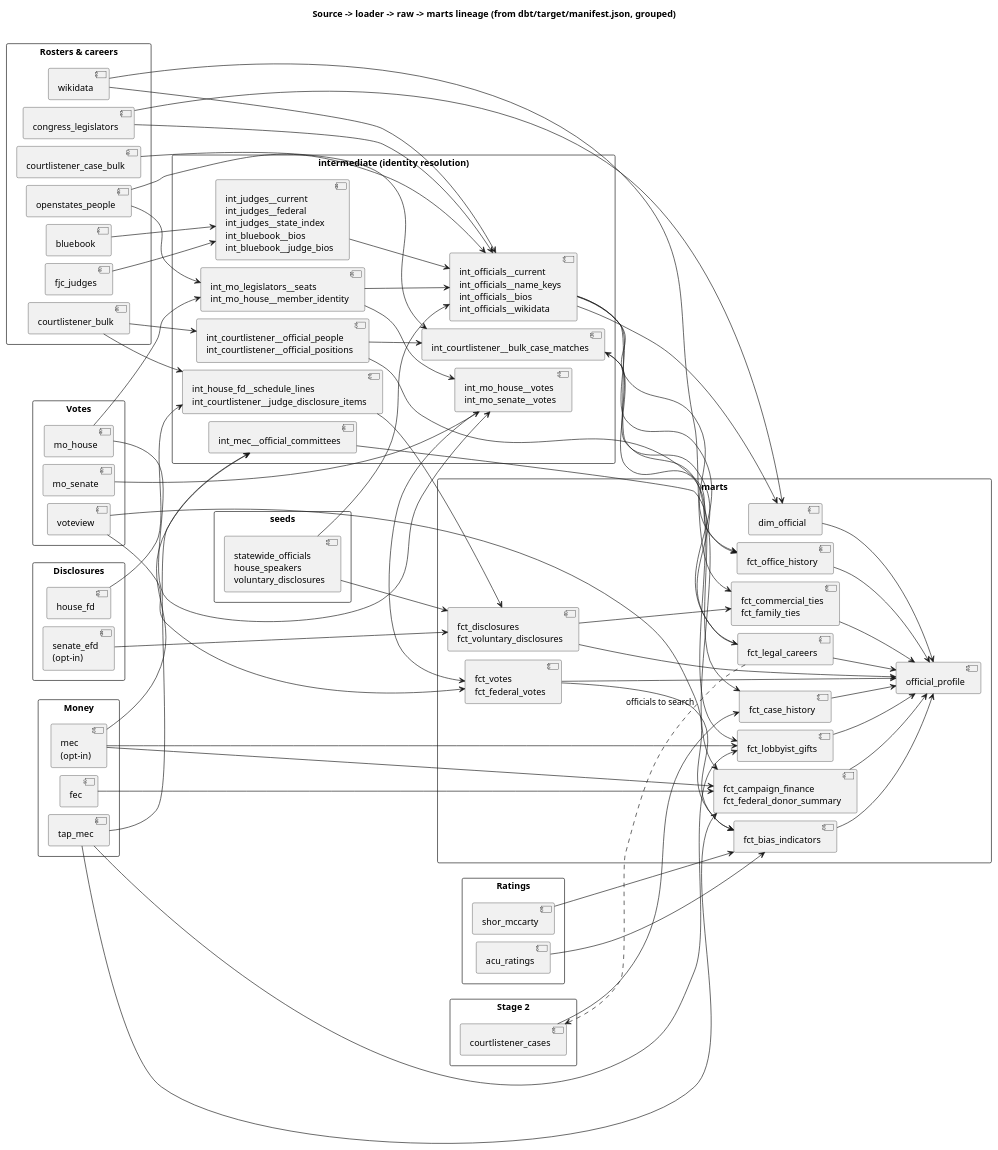
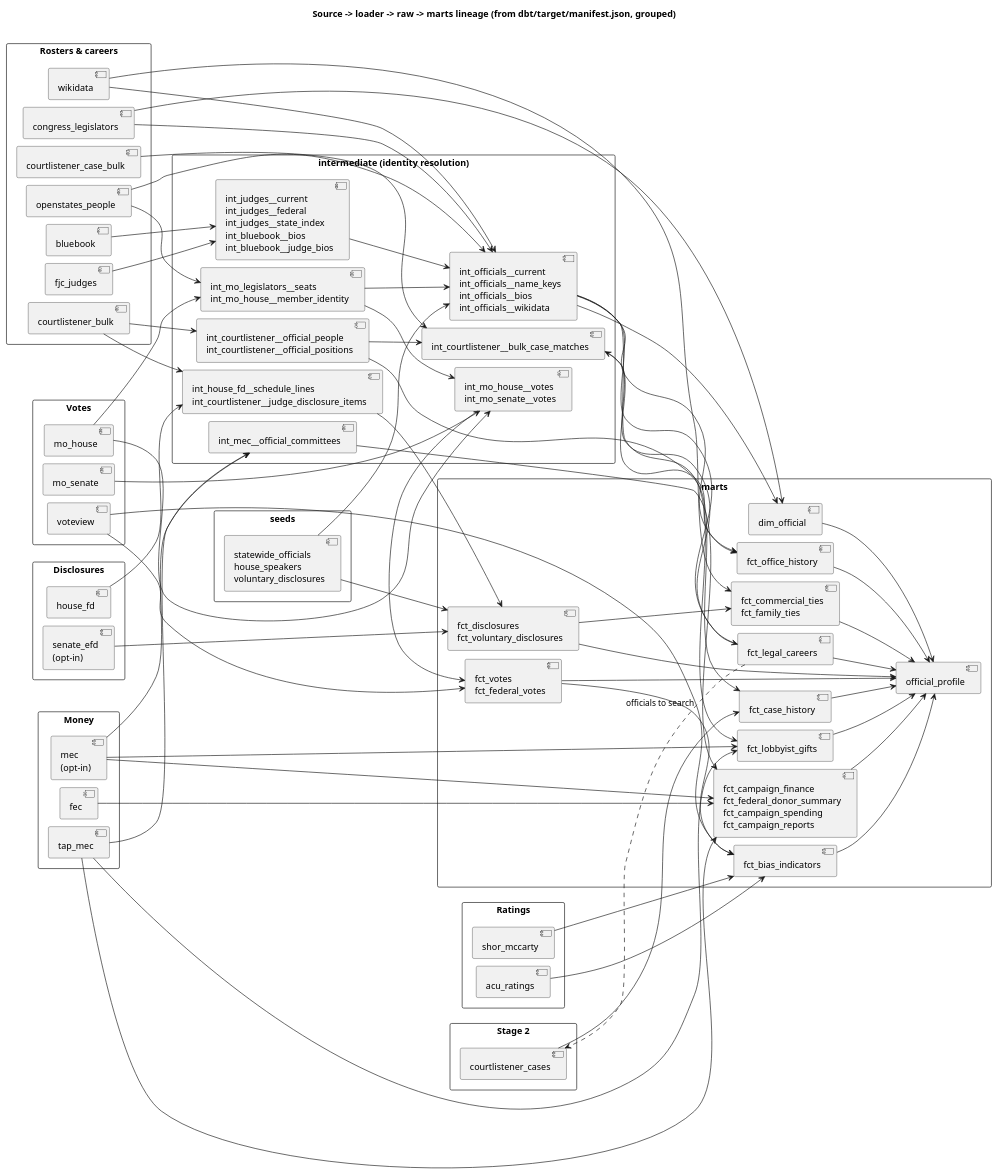
One commit to akettmann/missouri_gov_feed changed the diagram in docs/diagrams/lineage.puml. Above: the diagram before and after it, drawn with PlantUML. The commit also changed 1 other file, not shown here.

Commit message:
Lineage diagram: add fct_campaign_spending and fct_campaign_reports

```diff
--- a/docs/diagrams/lineage.puml
+++ b/docs/diagrams/lineage.puml
@@ -1,131 +1,131 @@
 @startuml lineage
 title Source -> loader -> raw -> marts lineage (from dbt/target/manifest.json, grouped)
 left to right direction
 skinparam packageStyle rectangle
 skinparam nodesep 12
 skinparam ranksep 60
 
 package "Rosters & careers" {
   [openstates_people] as L_os
   [congress_legislators] as L_cl
   [bluebook] as L_bb
   [fjc_judges] as L_fjc
   [courtlistener_bulk] as L_clb
   [courtlistener_case_bulk] as L_ccb
   [wikidata] as L_wd
 }
 package "Votes" {
   [mo_house] as L_moh
   [mo_senate] as L_mos
   [voteview] as L_vv
 }
 package "Money" {
   [fec] as L_fec
   [tap_mec] as L_tap
   [mec\n(opt-in)] as L_mec
 }
 package "Disclosures" {
   [house_fd] as L_hfd
   [senate_efd\n(opt-in)] as L_efd
 }
 package "Ratings" {
   [acu_ratings] as L_acu
   [shor_mccarty] as L_sm
 }
 package "Stage 2" {
   [courtlistener_cases] as L_cc
 }
 package "seeds" {
   [statewide_officials\nhouse_speakers\nvoluntary_disclosures] as SEEDS
 }
 
 package "intermediate (identity resolution)" {
   [int_officials__current\nint_officials__name_keys\nint_officials__bios\nint_officials__wikidata] as I_off
   [int_mo_legislators__seats\nint_mo_house__member_identity] as I_seats
   [int_mo_house__votes\nint_mo_senate__votes] as I_votes
   [int_judges__current\nint_judges__federal\nint_judges__state_index\nint_bluebook__bios\nint_bluebook__judge_bios] as I_judges
   [int_mec__official_committees] as I_mec
   [int_house_fd__schedule_lines\nint_courtlistener__judge_disclosure_items] as I_fd
   [int_courtlistener__official_people\nint_courtlistener__official_positions] as I_clpos
   [int_courtlistener__bulk_case_matches] as I_cases
 }
 
 package "marts" {
   [dim_official] as dim
   [fct_votes\nfct_federal_votes] as F_votes
-  [fct_campaign_finance\nfct_federal_donor_summary] as F_money
+  [fct_campaign_finance\nfct_federal_donor_summary\nfct_campaign_spending\nfct_campaign_reports] as F_money
   [fct_lobbyist_gifts] as F_gifts
   [fct_disclosures\nfct_voluntary_disclosures] as F_disc
   [fct_bias_indicators] as F_bias
   [fct_office_history] as F_office
   [fct_commercial_ties\nfct_family_ties] as F_ties
   [fct_legal_careers] as F_legal
   [fct_case_history] as F_cases
   [official_profile] as profile
 }
 
 L_os --> I_seats
 L_os --> I_off
 L_cl --> I_off
 L_cl --> dim
 L_bb --> I_judges
 L_fjc --> I_judges
 L_clb --> I_fd
 L_clb --> I_clpos
 L_wd --> I_off
 SEEDS --> I_off
 I_judges --> I_off
 I_seats --> I_off
 I_off --> dim
 
 L_moh --> I_seats
 L_moh --> I_votes
 L_mos --> I_votes
 I_seats --> I_votes
 I_votes --> F_votes
 L_vv --> F_votes
 L_vv --> F_bias
 
 L_fec --> F_money
 L_tap --> I_mec
 L_tap --> F_money
 L_tap --> F_gifts
 L_mec --> I_mec
 L_mec --> F_money
 L_mec --> F_gifts
 I_mec --> F_money
 I_off --> F_gifts
 
 L_hfd --> I_fd
 L_efd --> F_disc
 I_fd --> F_disc
 SEEDS --> F_disc
 
 L_acu --> F_bias
 L_sm --> F_bias
 F_votes --> F_bias
 
 I_off --> F_office
 I_clpos --> F_office
 L_wd --> F_ties
 F_disc --> F_ties
 I_off --> F_legal
 
 F_legal ..> L_cc : officials to search
 F_legal --> I_cases
 I_clpos --> I_cases
 L_ccb --> I_cases
 I_cases --> F_cases
 L_cc --> F_cases
 
 dim --> profile
 F_votes --> profile
 F_money --> profile
 F_gifts --> profile
 F_disc --> profile
 F_bias --> profile
 F_office --> profile
 F_ties --> profile
 F_legal --> profile
 F_cases --> profile
 @enduml
```
